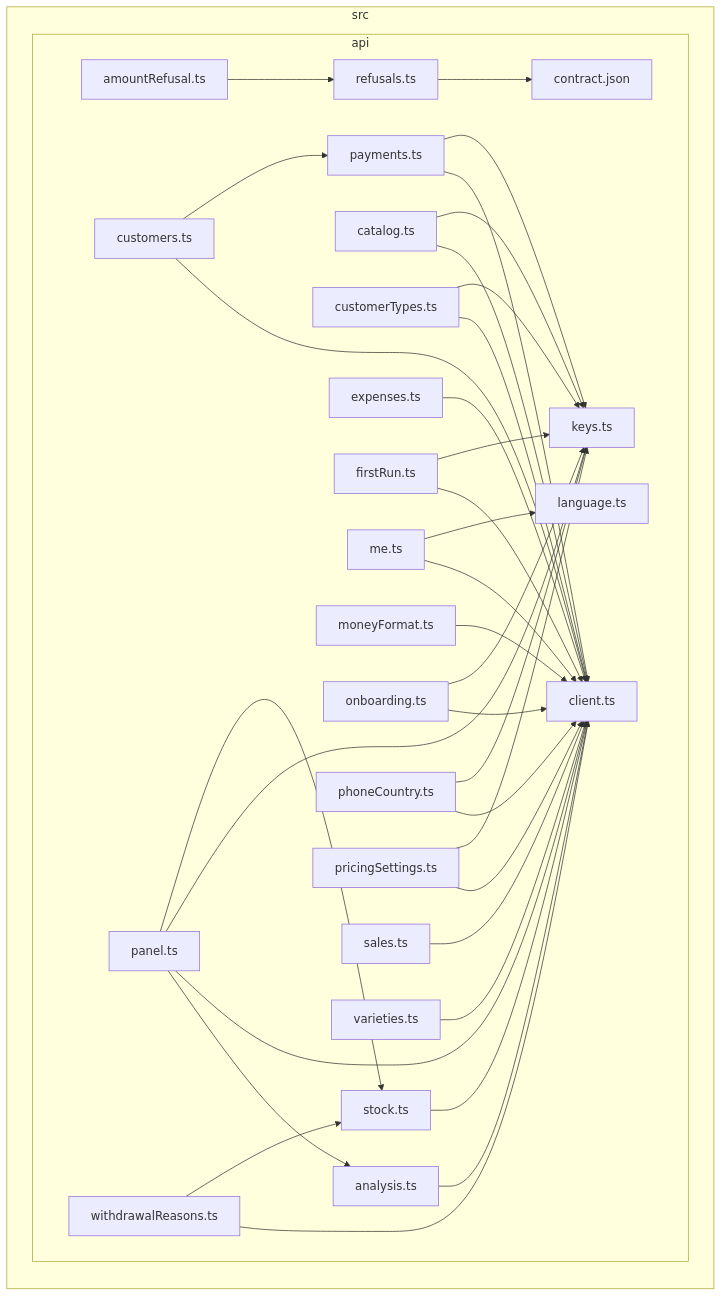
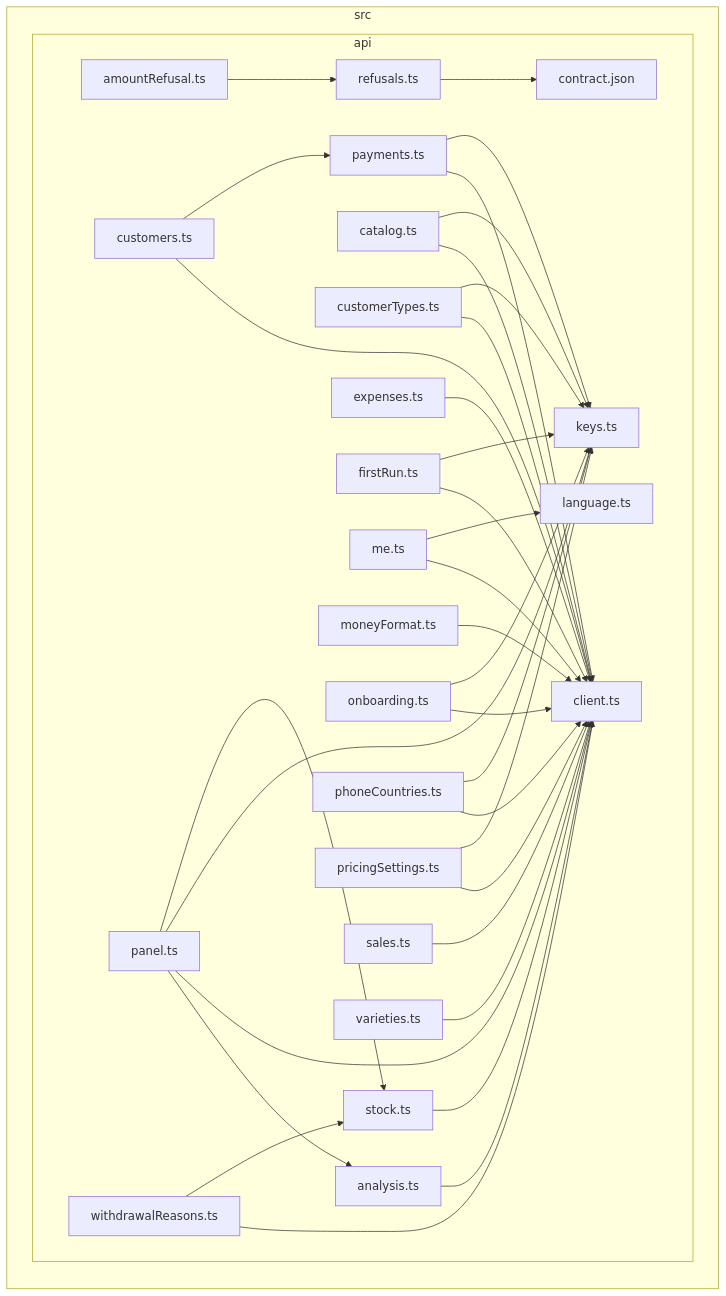
One commit to GonzaloZevallos/apostrophe changed the diagram in docs/architecture/generated/front-modules/api.md. Above: the diagram before and after it, drawn with Mermaid. The commit also changed 9 other files, not shown here.

````diff
--- a/docs/architecture/generated/front-modules/api.md
+++ b/docs/architecture/generated/front-modules/api.md
@@ -7,62 +7,62 @@
 ```mermaid
 flowchart LR
 subgraph src["src"]
   subgraph src_api["api"]
     src_api_amountRefusal_ts["amountRefusal.ts"]
     src_api_analysis_ts["analysis.ts"]
     src_api_catalog_ts["catalog.ts"]
     src_api_client_ts["client.ts"]
     src_api_contract_json["contract.json"]
     src_api_customerTypes_ts["customerTypes.ts"]
     src_api_customers_ts["customers.ts"]
     src_api_expenses_ts["expenses.ts"]
     src_api_firstRun_ts["firstRun.ts"]
     src_api_keys_ts["keys.ts"]
     src_api_language_ts["language.ts"]
     src_api_me_ts["me.ts"]
     src_api_moneyFormat_ts["moneyFormat.ts"]
     src_api_onboarding_ts["onboarding.ts"]
     src_api_panel_ts["panel.ts"]
     src_api_payments_ts["payments.ts"]
-    src_api_phoneCountry_ts["phoneCountry.ts"]
+    src_api_phoneCountries_ts["phoneCountries.ts"]
     src_api_pricingSettings_ts["pricingSettings.ts"]
     src_api_refusals_ts["refusals.ts"]
     src_api_sales_ts["sales.ts"]
     src_api_stock_ts["stock.ts"]
     src_api_varieties_ts["varieties.ts"]
     src_api_withdrawalReasons_ts["withdrawalReasons.ts"]
   end
 end
 src_api_amountRefusal_ts-->src_api_refusals_ts
 src_api_analysis_ts-->src_api_client_ts
 src_api_catalog_ts-->src_api_client_ts
 src_api_catalog_ts-->src_api_keys_ts
 src_api_customerTypes_ts-->src_api_client_ts
 src_api_customerTypes_ts-->src_api_keys_ts
 src_api_customers_ts-->src_api_client_ts
 src_api_customers_ts-->src_api_payments_ts
 src_api_expenses_ts-->src_api_client_ts
 src_api_firstRun_ts-->src_api_client_ts
 src_api_firstRun_ts-->src_api_keys_ts
 src_api_me_ts-->src_api_client_ts
 src_api_me_ts-->src_api_language_ts
 src_api_moneyFormat_ts-->src_api_client_ts
 src_api_onboarding_ts-->src_api_client_ts
 src_api_onboarding_ts-->src_api_keys_ts
 src_api_panel_ts-->src_api_analysis_ts
 src_api_panel_ts-->src_api_client_ts
 src_api_panel_ts-->src_api_keys_ts
 src_api_panel_ts-->src_api_stock_ts
 src_api_payments_ts-->src_api_client_ts
 src_api_payments_ts-->src_api_keys_ts
-src_api_phoneCountry_ts-->src_api_client_ts
-src_api_phoneCountry_ts-->src_api_keys_ts
+src_api_phoneCountries_ts-->src_api_client_ts
+src_api_phoneCountries_ts-->src_api_keys_ts
 src_api_pricingSettings_ts-->src_api_client_ts
 src_api_pricingSettings_ts-->src_api_keys_ts
 src_api_refusals_ts-->src_api_contract_json
 src_api_sales_ts-->src_api_client_ts
 src_api_stock_ts-->src_api_client_ts
 src_api_varieties_ts-->src_api_client_ts
 src_api_withdrawalReasons_ts-->src_api_client_ts
 src_api_withdrawalReasons_ts-->src_api_stock_ts
 ```
````
